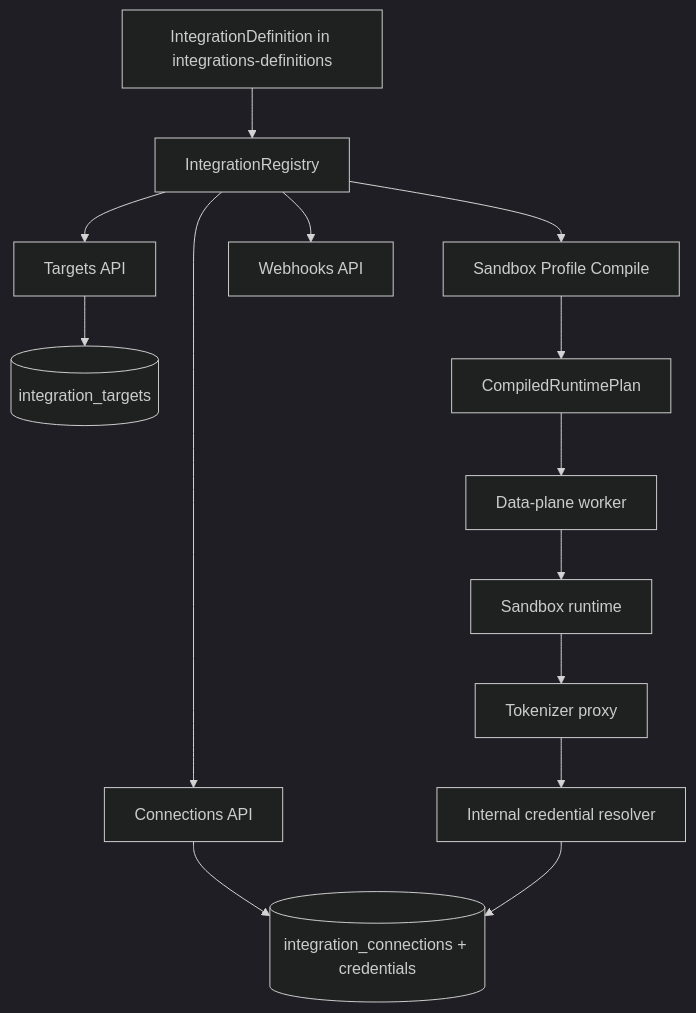
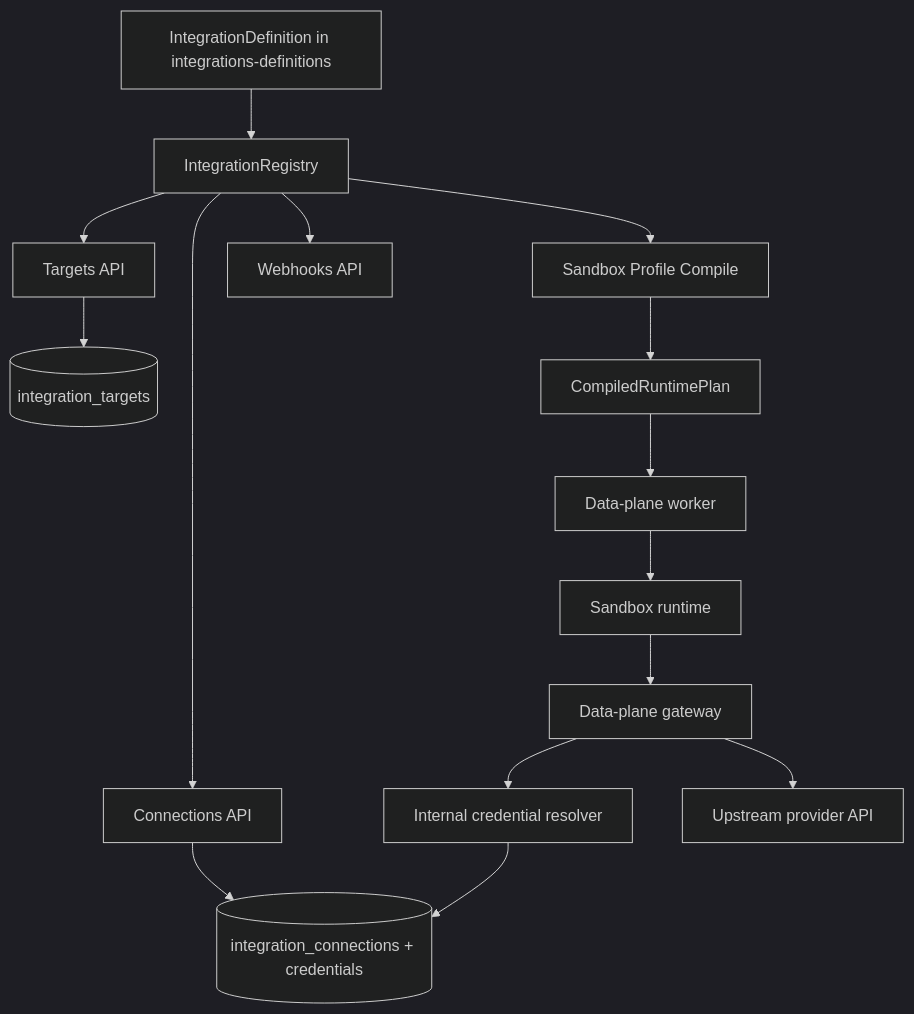
The diagram in packages/integrations-core/README.md (jordi-murgo/mistle), drawn with Mermaid (dark theme) before and after one commit. The commit also changed other lines of this file and 7 other files, not shown here.

First line of the commit message:
docs: remove tokenizer architecture references (#2040)

````diff
--- a/packages/integrations-core/README.md
+++ b/packages/integrations-core/README.md
@@ -113,18 +113,19 @@
 ```mermaid
 flowchart TD
   A[IntegrationDefinition in integrations-definitions] --> B[IntegrationRegistry]
   B --> C[Targets API]
   B --> D[Connections API]
   B --> E[Sandbox Profile Compile]
   B --> F[Webhooks API]
 
   D --> G[(integration_connections + credentials)]
   C --> H[(integration_targets)]
 
   E --> I[CompiledRuntimePlan]
   I --> J[Data-plane worker]
   J --> K[Sandbox runtime]
-  K --> L[Tokenizer proxy]
+  K --> L[Data-plane gateway]
   L --> M[Internal credential resolver]
   M --> G
+  L --> N[Upstream provider API]
 ```
````
